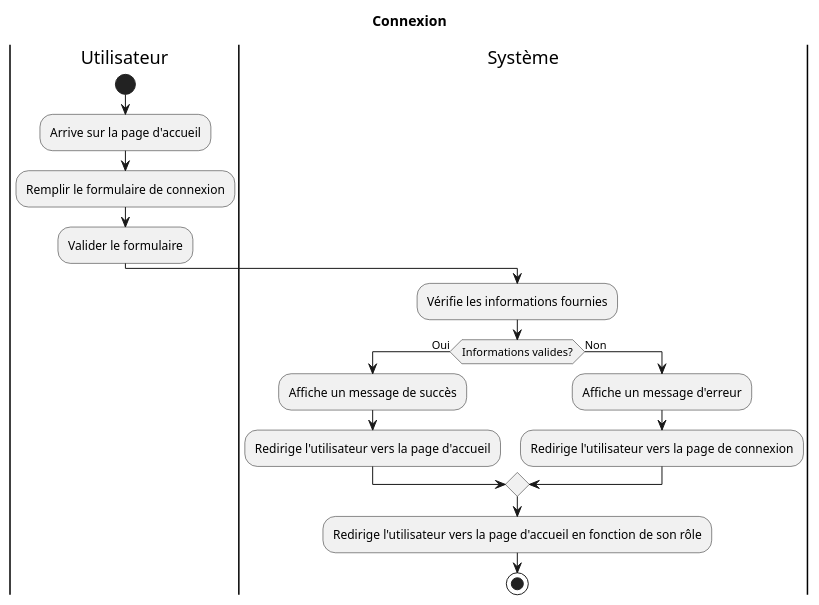
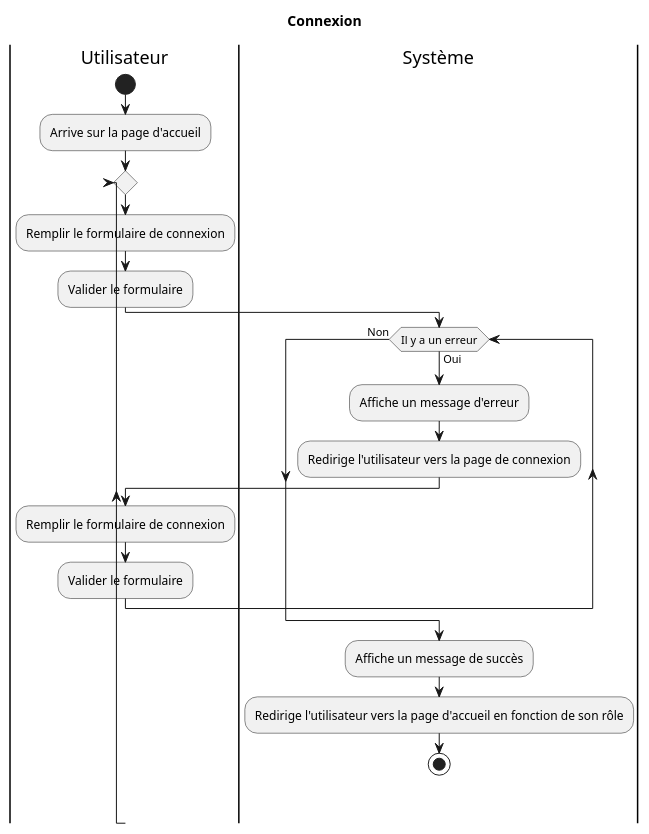
The diagram in Conception/activite/connexion.puml (AurelienDillies/Primeo), drawn with PlantUML before and after one commit. The commit also changed 1 other file, not shown here.

Commit message:
Correction connexion inscription

```diff
--- a/Conception/activite/connexion.puml
+++ b/Conception/activite/connexion.puml
@@ -1,22 +1,25 @@
 @startuml Connexion
 
 title Connexion
 
 |Utilisateur|
 start
 :Arrive sur la page d'accueil;
+repeat 
 :Remplir le formulaire de connexion;
 :Valider le formulaire;
 |Système|
-:Vérifie les informations fournies;
-if (Informations valides?) then (Oui)
-  :Affiche un message de succès;
-  :Redirige l'utilisateur vers la page d'accueil;
-else (Non)
-  :Affiche un message d'erreur;
-  :Redirige l'utilisateur vers la page de connexion;
-endif
-   :Redirige l'utilisateur vers la page d'accueil en fonction de son rôle; 
+while (Il y a un erreur) is (Oui)
+:Affiche un message d'erreur;
+:Redirige l'utilisateur vers la page de connexion;
+|Utilisateur|
+:Remplir le formulaire de connexion;
+:Valider le formulaire;
+end while (Non)
+|Système|
+:Affiche un message de succès;
+:Redirige l'utilisateur vers la page d'accueil en fonction de son rôle;
 stop
 
+
 @enduml
```
